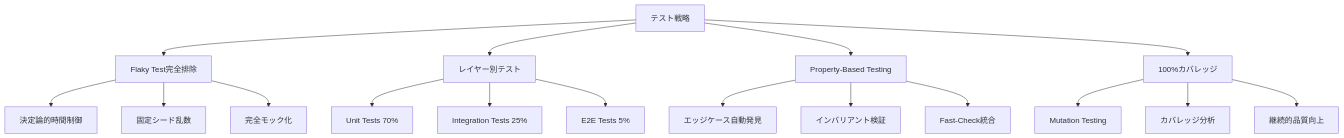
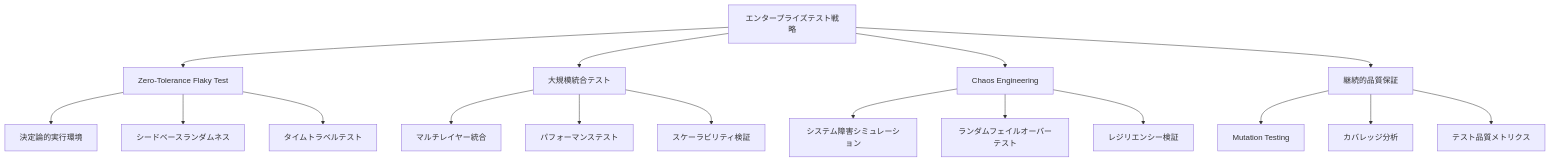
The first of 2 diagrams in docs/how-to/testing/comprehensive-testing-strategy.md (takeokunn/ts-minecraft), drawn with Mermaid before and after one commit. The commit also changed other lines of this file and 34 other files, not shown here.

````diff
--- a/docs/how-to/testing/comprehensive-testing-strategy.md
+++ b/docs/how-to/testing/comprehensive-testing-strategy.md
@@ -18,23 +20,23 @@
 ```mermaid
 flowchart TD
-    A[テスト戦略] --> B[Flaky Test完全排除]
-    A --> C[レイヤー別テスト]
-    A --> D[Property-Based Testing]
-    A --> E[100%カバレッジ]
+    A[エンタープライズテスト戦略] --> B[Zero-Tolerance Flaky Test]
+    A --> C[大規模統合テスト]
+    A --> D[Chaos Engineering]
+    A --> E[継続的品質保証]
 
-    B --> B1[決定論的時間制御]
-    B --> B2[固定シード乱数]
-    B --> B3[完全モック化]
+    B --> B1[決定論的実行環境]
+    B --> B2[シードベースランダムネス]
+    B --> B3[タイムトラベルテスト]
 
-    C --> C1[Unit Tests 70%]
-    C --> C2[Integration Tests 25%]
-    C --> C3[E2E Tests 5%]
+    C --> C1[マルチレイヤー統合]
+    C --> C2[パフォーマンステスト]
+    C --> C3[スケーラビリティ検証]
 
-    D --> D1[エッジケース自動発見]
-    D --> D2[インバリアント検証]
-    D --> D3[Fast-Check統合]
+    D --> D1[システム障害シミュレーション]
+    D --> D2[ランダムフェイルオーバーテスト]
+    D --> D3[レジリエンシー検証]
 
     E --> E1[Mutation Testing]
     E --> E2[カバレッジ分析]
-    E --> E3[継続的品質向上]
+    E --> E3[テスト品質メトリクス]
 ```
````
